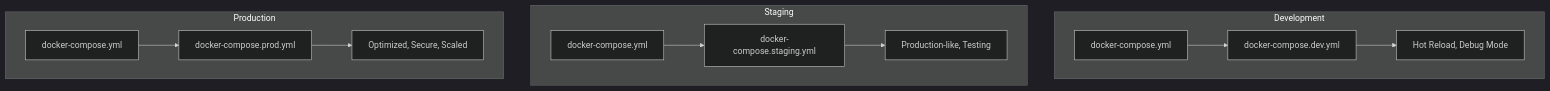
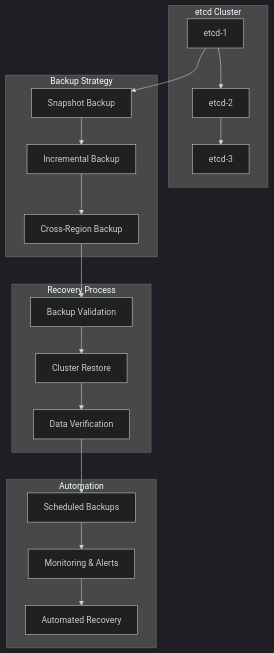
One commit to niceguy61/kdt_devops_lecture_2025 changed the diagram in week_02/day_04/session_05.md. Above: the diagram before and after it, drawn with Mermaid (dark theme). The commit also changed other lines of this file and 41 other files, not shown here.

````diff
--- a/week_02/day_04/session_05.md
+++ b/week_02/day_04/session_05.md
@@ -15,17 +15,26 @@
 ```mermaid
 graph TB
-    subgraph "Development"
-        A[docker-compose.yml] --> B[docker-compose.dev.yml]
-        B --> C[Hot Reload, Debug Mode]
+    subgraph "etcd Cluster"
+        A[etcd-1] --> B[etcd-2]
+        B --> C[etcd-3]
     end
     
-    subgraph "Staging"
-        D[docker-compose.yml] --> E[docker-compose.staging.yml]
-        E --> F[Production-like, Testing]
+    subgraph "Backup Strategy"
+        D[Snapshot Backup] --> E[Incremental Backup]
+        E --> F[Cross-Region Backup]
     end
     
-    subgraph "Production"
-        G[docker-compose.yml] --> H[docker-compose.prod.yml]
-        H --> I[Optimized, Secure, Scaled]
+    subgraph "Recovery Process"
+        G[Backup Validation] --> H[Cluster Restore]
+        H --> I[Data Verification]
     end
+    
+    subgraph "Automation"
+        J[Scheduled Backups] --> K[Monitoring & Alerts]
+        K --> L[Automated Recovery]
+    end
+    
+    A --> D
+    F --> G
+    I --> J
 ```
````
